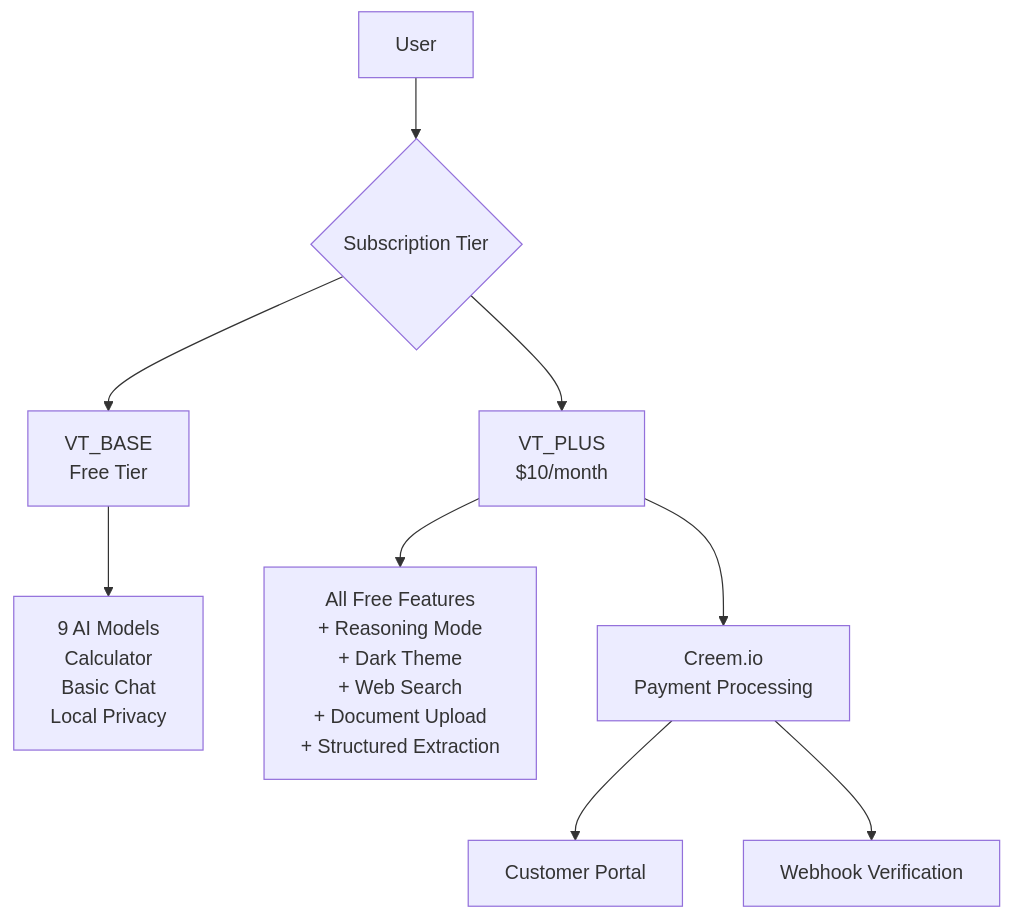
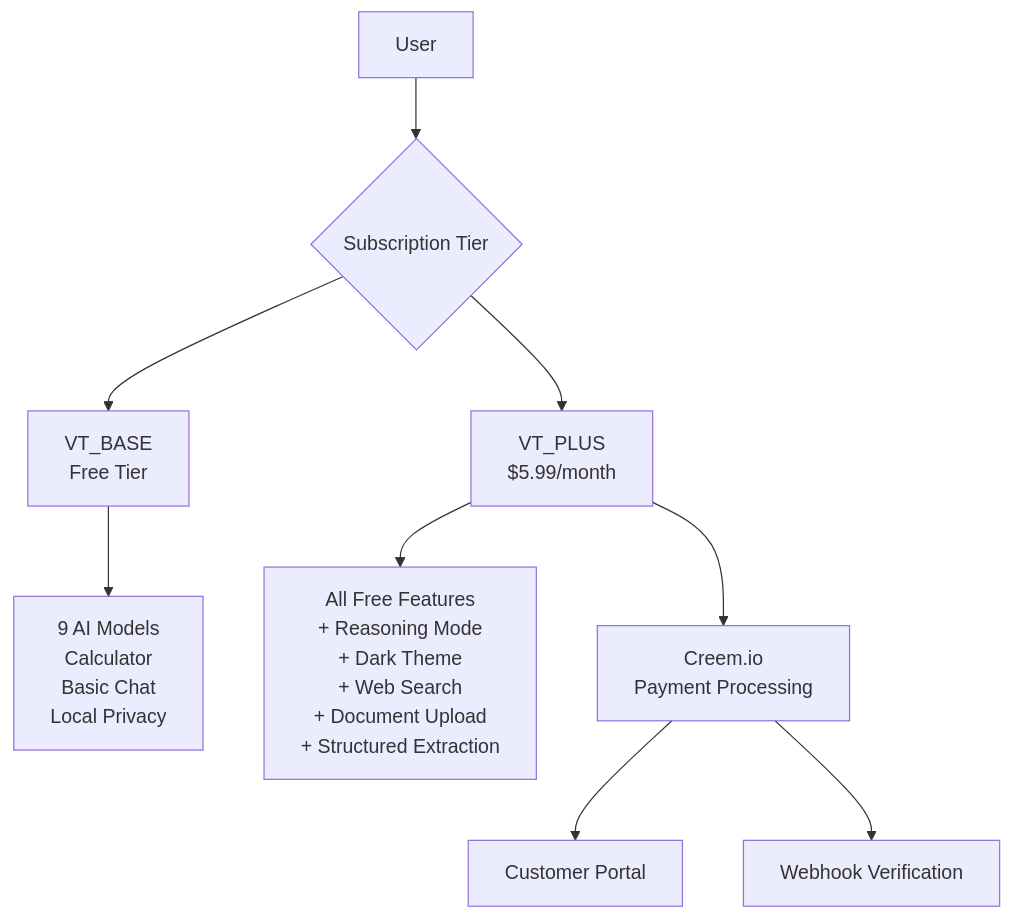
Before and after one commit to vinhnx/vtchat: the third of 7 diagrams in docs/ARCHITECTURE.md, drawn with Mermaid. The commit also changed 25 other files, not shown here.

````diff
--- a/docs/ARCHITECTURE.md
+++ b/docs/ARCHITECTURE.md
@@ -120,13 +120,13 @@
 ```mermaid
 graph TD
     User[User] --> Tier{Subscription Tier}
     Tier --> Free[VT_BASE<br/>Free Tier]
-    Tier --> Premium[VT_PLUS<br/>$10/month]
+    Tier --> Premium[VT_PLUS<br/>$5.99/month]
 
     Free --> FreeFeatures[9 AI Models<br/>Calculator<br/>Basic Chat<br/>Local Privacy]
     Premium --> PremiumFeatures[All Free Features<br/>+ Reasoning Mode<br/>+ Dark Theme<br/>+ Web Search<br/>+ Document Upload<br/>+ Structured Extraction]
 
     Premium --> Creem[Creem.io<br/>Payment Processing]
     Creem --> Portal[Customer Portal]
     Creem --> Webhook[Webhook Verification]
 ```
````
